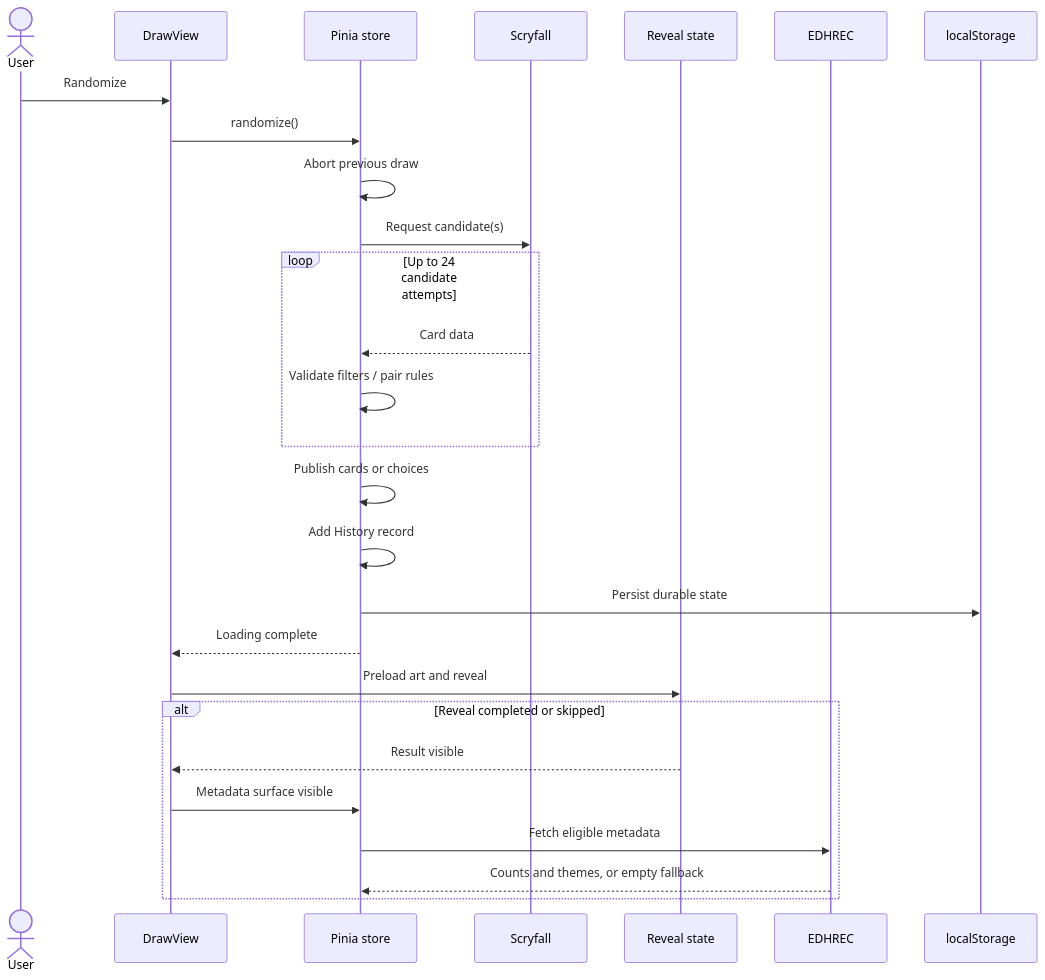
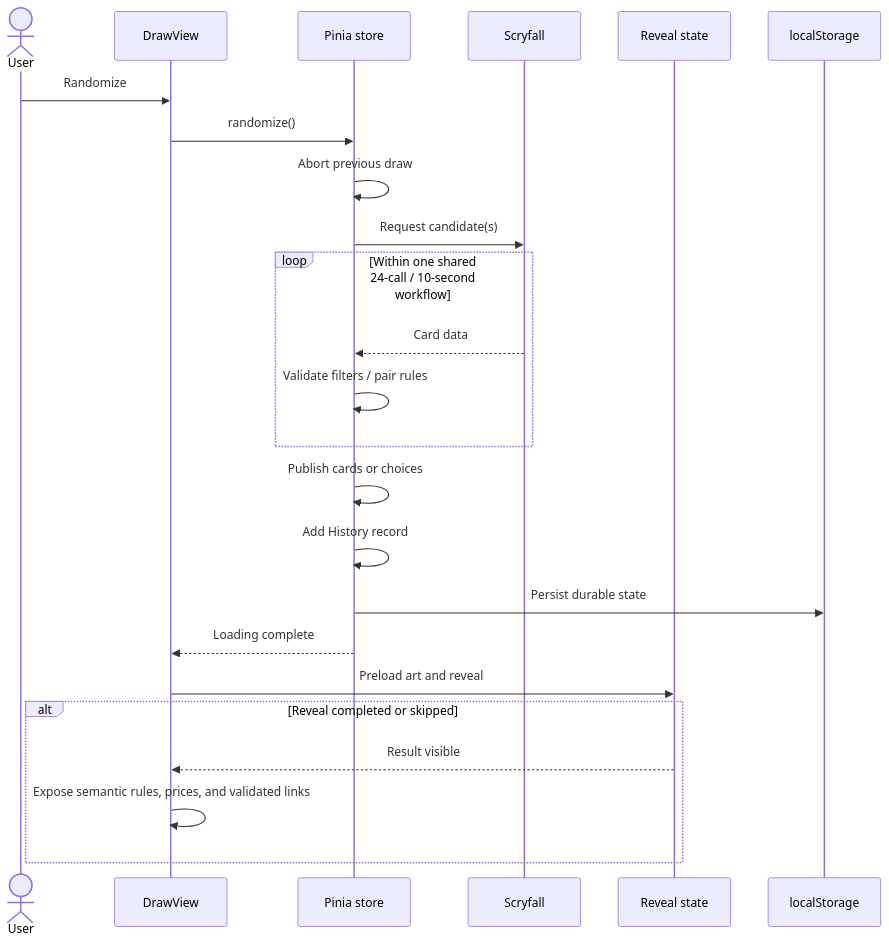
The second of 2 diagrams in docs/architecture.md (kmcgarry1/randomander), drawn with Mermaid before and after one commit. The commit also changed other lines of this file and 46 other files, not shown here.

````diff
--- a/docs/architecture.md
+++ b/docs/architecture.md
@@ -114,30 +122,27 @@
 ```mermaid
 sequenceDiagram
     actor U as User
     participant V as DrawView
     participant P as Pinia store
     participant S as Scryfall
     participant R as Reveal state
-    participant E as EDHREC
     participant L as localStorage
 
     U->>V: Randomize
     V->>P: randomize()
     P->>P: Abort previous draw
     P->>S: Request candidate(s)
-    loop Up to 24 candidate attempts
+    loop Within one shared 24-call / 10-second workflow
         S-->>P: Card data
         P->>P: Validate filters / pair rules
     end
     P->>P: Publish cards or choices
     P->>P: Add History record
     P->>L: Persist durable state
     P-->>V: Loading complete
     V->>R: Preload art and reveal
     alt Reveal completed or skipped
         R-->>V: Result visible
-        V->>P: Metadata surface visible
-        P->>E: Fetch eligible metadata
-        E-->>P: Counts and themes, or empty fallback
+        V->>V: Expose semantic rules, prices, and validated links
     end
 ```
````
